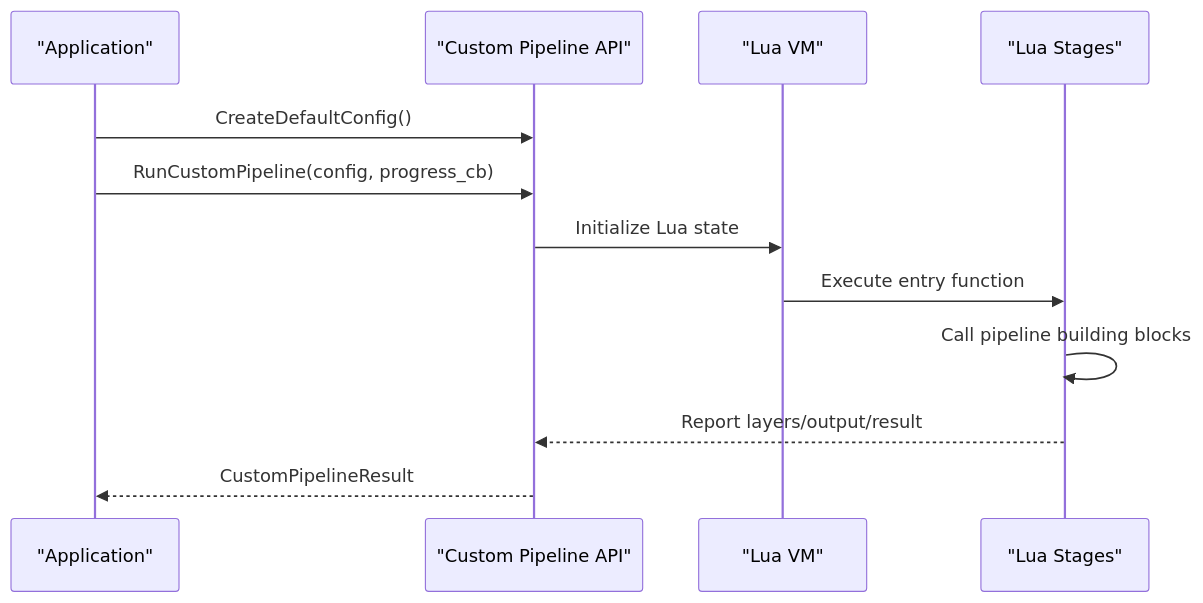
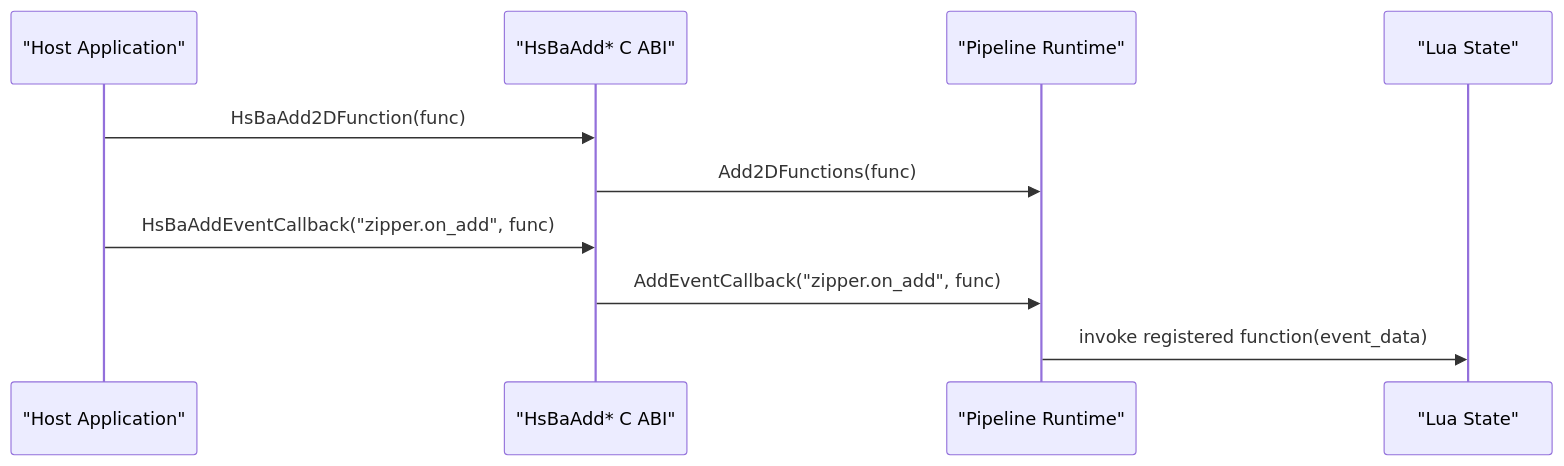
One commit to hsmbanlance/HsBaSlicer changed the ninth of 10 diagrams in .qoder/repowiki/en/content/Advanced Features/Advanced Features.md. Above: the diagram before and after it, drawn with Mermaid. The commit also changed other lines of this file and 1095 other files, not shown here.

````diff
--- a/.qoder/repowiki/en/content/Advanced Features/Advanced Features.md
+++ b/.qoder/repowiki/en/content/Advanced Features/Advanced Features.md
@@ -511,14 +415,12 @@
 ```mermaid
 sequenceDiagram
-participant App as "Application"
-participant API as "Custom Pipeline API"
-participant VM as "Lua VM"
-participant Stage as "Lua Stages"
-App->>API : CreateDefaultConfig()
-App->>API : RunCustomPipeline(config, progress_cb)
-API->>VM : Initialize Lua state
-VM->>Stage : Execute entry function
-Stage->>Stage : Call pipeline building blocks
-Stage-->>API : Report layers/output/result
-API-->>App : CustomPipelineResult
+participant Host as "Host Application"
+participant ABI as "HsBaAdd* C ABI"
+participant Runtime as "Pipeline Runtime"
+participant Lua as "Lua State"
+Host->>ABI : HsBaAdd2DFunction(func)
+ABI->>Runtime : Add2DFunctions(func)
+Host->>ABI : HsBaAddEventCallback("zipper.on_add", func)
+ABI->>Runtime : AddEventCallback("zipper.on_add", func)
+Runtime->>Lua : invoke registered function(event_data)
 ```
````
